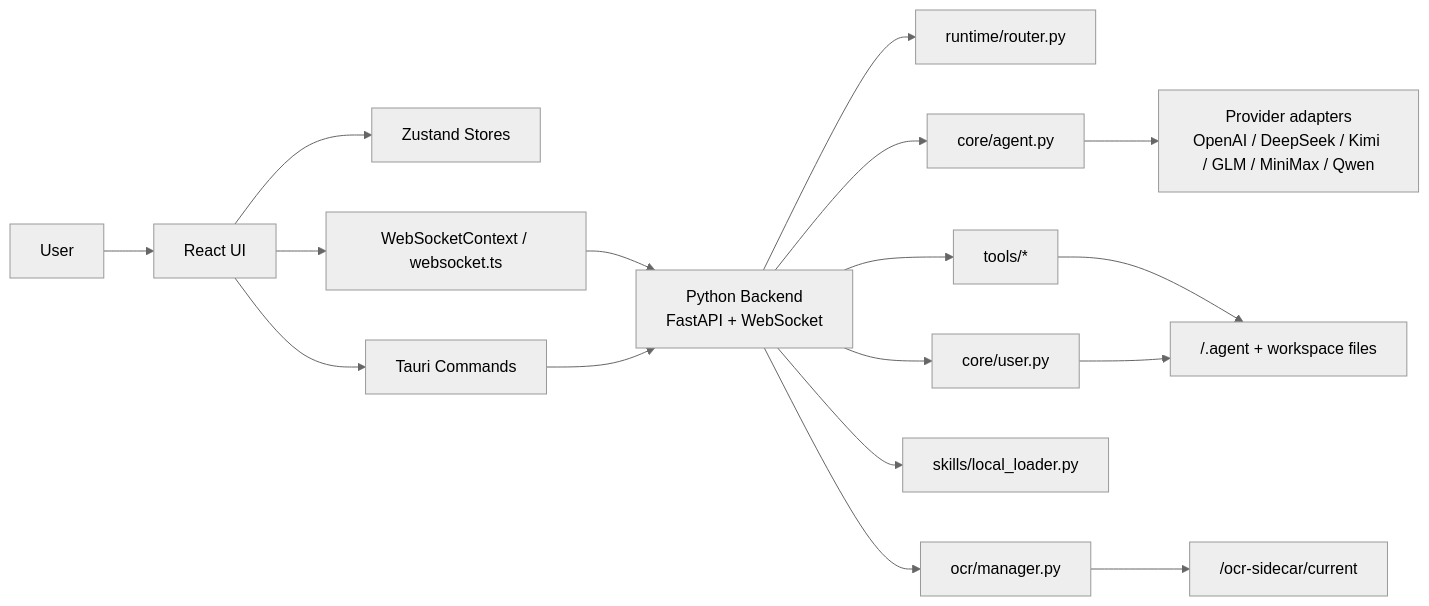
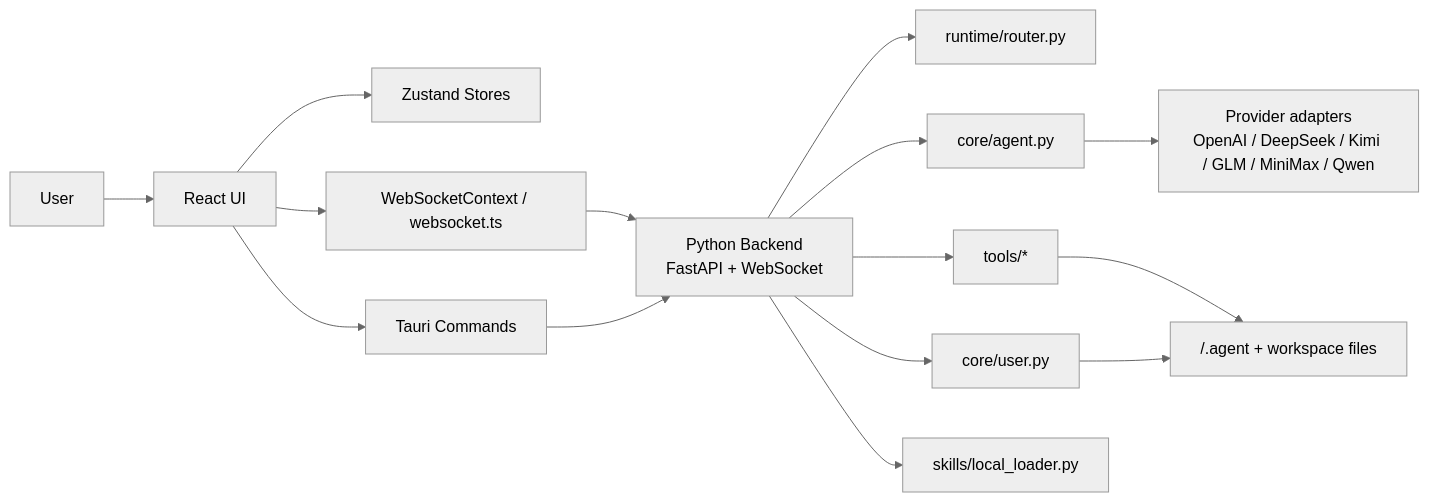
One commit to ChqJourney/simple_agent changed the first of 2 diagrams in architecture.md. Above: the diagram before and after it, drawn with Mermaid (neutral theme). The commit also changed other lines of this file and 62 other files, not shown here.

Commit message:
feat:reference_index refine and remove ocr sidecar support

````diff
--- a/architecture.md
+++ b/architecture.md
@@ -24,22 +24,20 @@
 ```mermaid
 flowchart LR
     User["User"] --> FE["React UI"]
     FE --> Stores["Zustand Stores"]
     FE --> WS["WebSocketContext / websocket.ts"]
     FE --> Tauri["Tauri Commands"]
 
     WS --> Backend["Python Backend<br/>FastAPI + WebSocket"]
     Tauri --> Backend
 
     Backend --> Router["runtime/router.py"]
     Backend --> Agent["core/agent.py"]
     Backend --> UserMgr["core/user.py"]
     Backend --> Tools["tools/*"]
     Backend --> Skills["skills/local_loader.py"]
-    Backend --> OCR["ocr/manager.py"]
 
     Agent --> LLM["Provider adapters<br/>OpenAI / DeepSeek / Kimi / GLM / MiniMax / Qwen"]
     Tools --> Workspace["<workspace>/.agent + workspace files"]
     UserMgr --> Workspace
-    OCR --> OcrPkg["<app_dir>/ocr-sidecar/current"]
 ```
````
